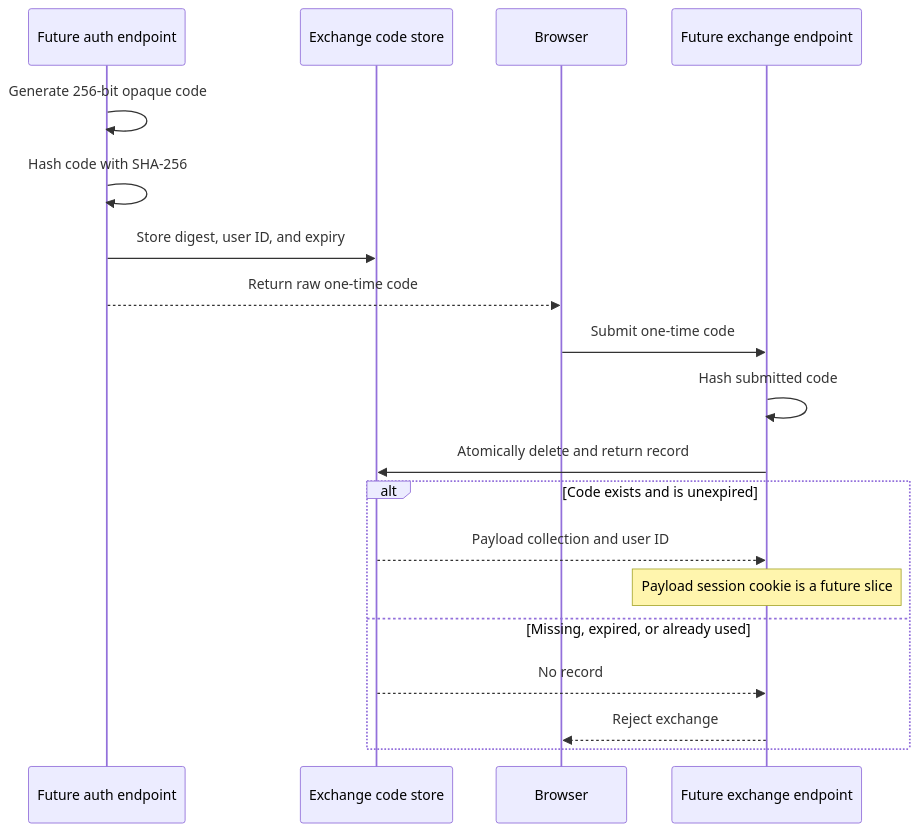
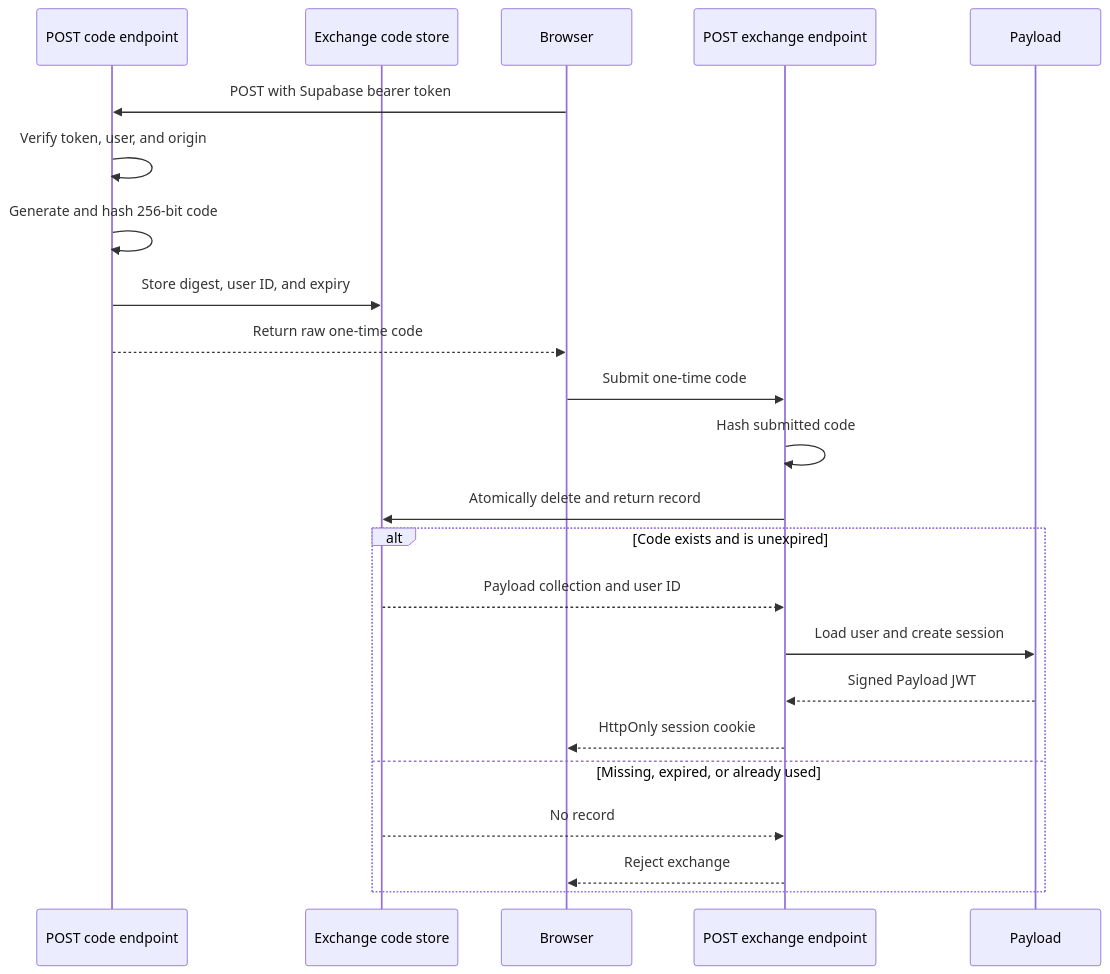
Before and after one commit to dombestein-data/payload-supabase-auth: the second of 2 diagrams in docs/overview.md, drawn with Mermaid. The commit also changed other lines of this file and 67 other files, not shown here.

````diff
--- a/docs/overview.md
+++ b/docs/overview.md
@@ -225,23 +236,27 @@
 ```mermaid
 sequenceDiagram
-    participant AuthFlow as Future auth endpoint
+    participant Issue as POST code endpoint
     participant Codes as Exchange code store
     participant Browser
-    participant Exchange as Future exchange endpoint
+    participant Exchange as POST exchange endpoint
+    participant Payload
 
-    AuthFlow->>AuthFlow: Generate 256-bit opaque code
-    AuthFlow->>AuthFlow: Hash code with SHA-256
-    AuthFlow->>Codes: Store digest, user ID, and expiry
-    AuthFlow-->>Browser: Return raw one-time code
+    Browser->>Issue: POST with Supabase bearer token
+    Issue->>Issue: Verify token, user, and origin
+    Issue->>Issue: Generate and hash 256-bit code
+    Issue->>Codes: Store digest, user ID, and expiry
+    Issue-->>Browser: Return raw one-time code
     Browser->>Exchange: Submit one-time code
     Exchange->>Exchange: Hash submitted code
     Exchange->>Codes: Atomically delete and return record
 
     alt Code exists and is unexpired
         Codes-->>Exchange: Payload collection and user ID
-        Note over Exchange: Payload session cookie is a future slice
+        Exchange->>Payload: Load user and create session
+        Payload-->>Exchange: Signed Payload JWT
+        Exchange-->>Browser: HttpOnly session cookie
     else Missing, expired, or already used
         Codes-->>Exchange: No record
         Exchange-->>Browser: Reject exchange
     end
 ```
````
